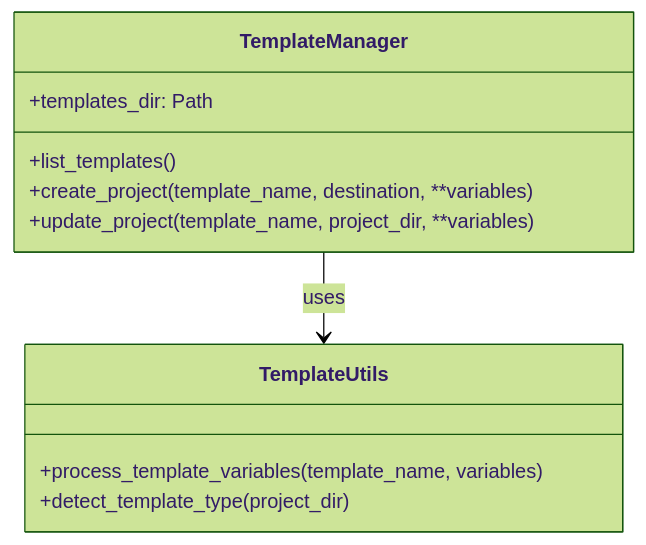
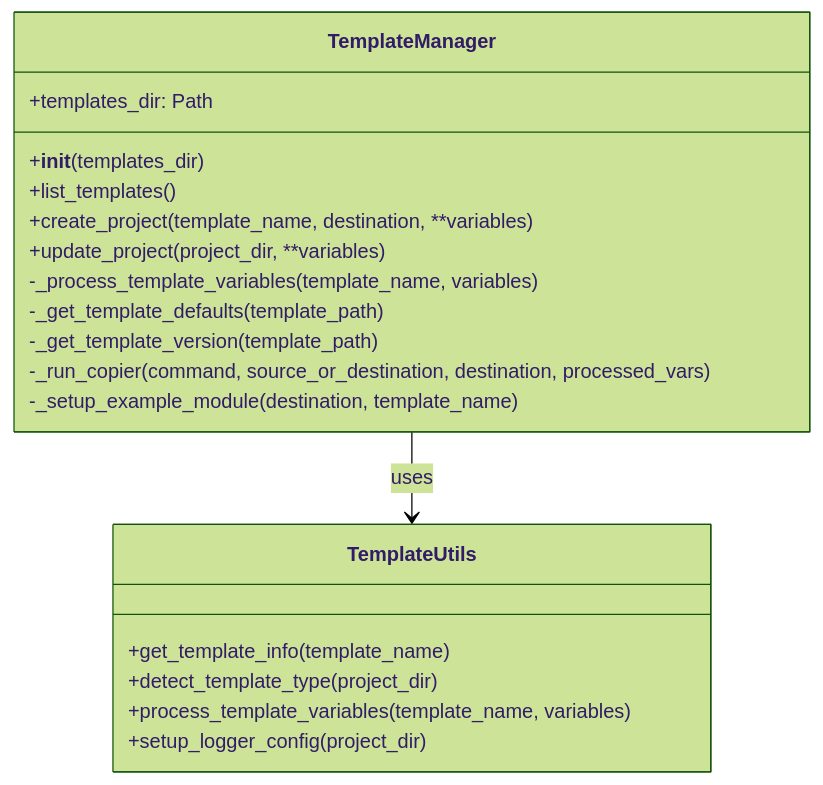
Before and after one commit to r4d4m4n71s/cicd_tools: the third of 10 diagrams in doc/cicd_tools_architecture_plan.md, drawn with Mermaid (forest theme). The commit also changed other lines of this file and 20 other files, not shown here.

````diff
--- a/doc/cicd_tools_architecture_plan.md
+++ b/doc/cicd_tools_architecture_plan.md
@@ -145,16 +197,24 @@
 ```mermaid
 classDiagram
     class TemplateManager {
         +templates_dir: Path
+        +__init__(templates_dir)
         +list_templates()
         +create_project(template_name, destination, **variables)
-        +update_project(template_name, project_dir, **variables)
+        +update_project(project_dir, **variables)
+        -_process_template_variables(template_name, variables)
+        -_get_template_defaults(template_path)
+        -_get_template_version(template_path)
+        -_run_copier(command, source_or_destination, destination, processed_vars)
+        -_setup_example_module(destination, template_name)
     }
     
     class TemplateUtils {
+        +get_template_info(template_name)
+        +detect_template_type(project_dir)
         +process_template_variables(template_name, variables)
-        +detect_template_type(project_dir)
+        +setup_logger_config(project_dir)
     }
     
     TemplateManager --> TemplateUtils : uses
 ```
````
